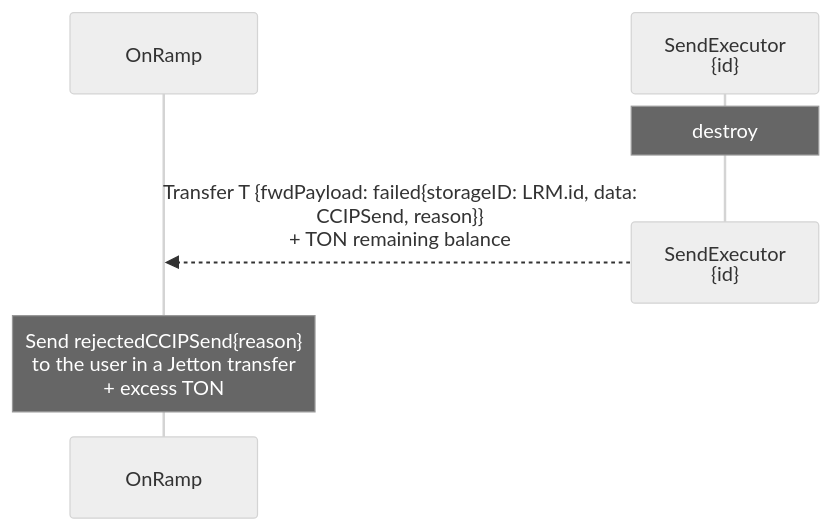
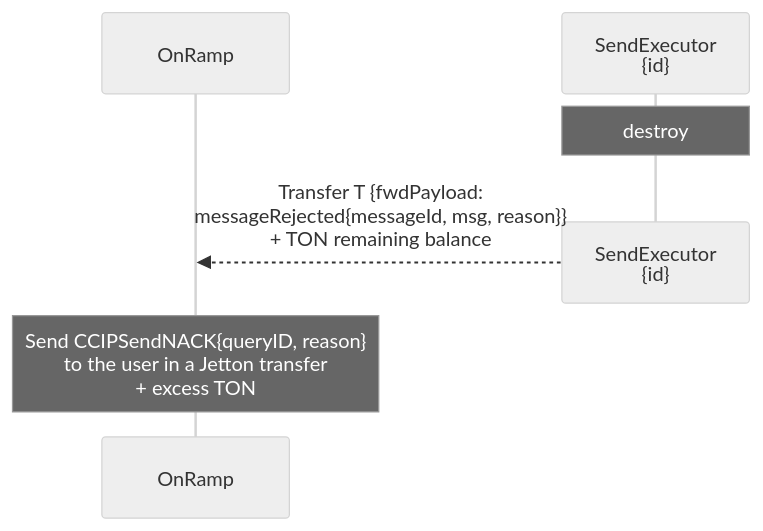
One commit to fork-the-planet/smartcontractkit___chainlink-ton changed the second of 2 diagrams in docs/contracts/ccip/flow/onramp/token-transfer.md. Above: the diagram before and after it, drawn with Mermaid (neutral theme). The commit also changed other lines of this file and 25 other files, not shown here.

````diff
--- a/docs/contracts/ccip/flow/onramp/token-transfer.md
+++ b/docs/contracts/ccip/flow/onramp/token-transfer.md
@@ -82,9 +82,9 @@
 ```mermaid
 sequenceDiagram
     participant OR as OnRamp
     participant LRM as SendExecutor<br>{id}
     Note over LRM: destroy
     destroy LRM
-    LRM -->> OR: Transfer T {fwdPayload: failed{storageID: LRM.id, data:<br>CCIPSend, reason}}<br>+ TON remaining balance
-    Note over OR: Send rejectedCCIPSend{reason}<br>to the user in a Jetton transfer<br>+ excess TON
+    LRM -->> OR: Transfer T {fwdPayload:<br>messageRejected{messageId, msg, reason}}<br>+ TON remaining balance
+    Note over OR: Send CCIPSendNACK{queryID, reason}<br>to the user in a Jetton transfer<br>+ excess TON
 ```
````
